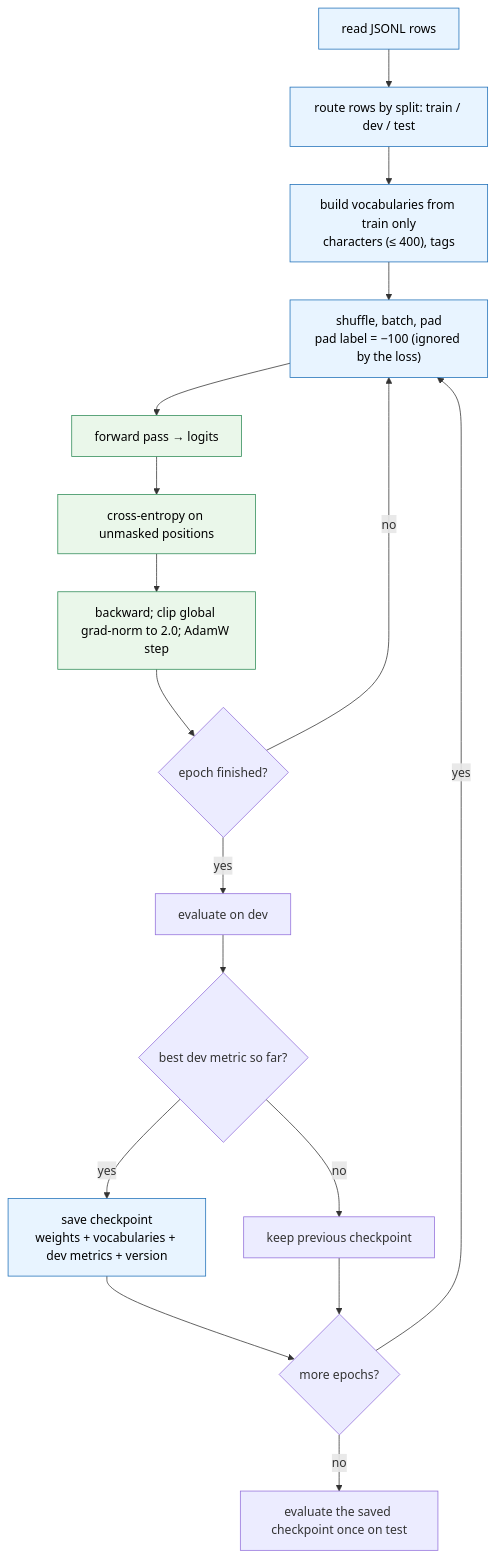
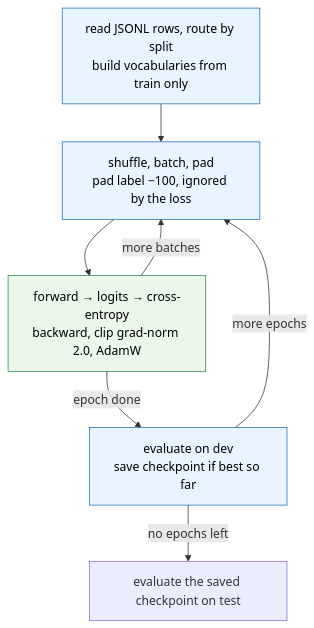
The seventh of 14 diagrams in docs/PAPER.md (mohammadkhair7/khair-arabic-models), drawn with Mermaid before and after one commit. The commit also changed other lines of this file and 9 other files, not shown here.

````diff
--- a/docs/PAPER.md
+++ b/docs/PAPER.md
@@ -741,23 +736,14 @@
 ```mermaid
-flowchart TD
-    A["read JSONL rows"] --> B["route rows by split: train / dev / test"]
-    B --> C["build vocabularies from train only<br/>characters (≤ 400), tags"]
-    C --> D["shuffle, batch, pad<br/>pad label = −100 (ignored by the loss)"]
-    D --> E["forward pass → logits"]
-    E --> F["cross-entropy on unmasked positions"]
-    F --> G["backward; clip global grad-norm to 2.0; AdamW step"]
-    G --> H{"epoch finished?"}
-    H -- no --> D
-    H -- yes --> I["evaluate on dev"]
-    I --> J{"best dev metric so far?"}
-    J -- yes --> K["save checkpoint<br/>weights + vocabularies + dev metrics + version"]
-    J -- no --> L["keep previous checkpoint"]
-    K --> M{"more epochs?"}
-    L --> M
-    M -- yes --> D
-    M -- no --> N["evaluate the saved checkpoint once on test"]
+flowchart TB
+    A["read JSONL rows, route by split<br/>build vocabularies from train only"]
+    A --> D["shuffle, batch, pad<br/>pad label −100, ignored by the loss"]
+    D --> E["forward → logits → cross-entropy<br/>backward, clip grad-norm 2.0, AdamW"]
+    E -- "more batches" --> D
+    E -- "epoch done" --> I["evaluate on dev<br/>save checkpoint if best so far"]
+    I -- "more epochs" --> D
+    I -- "no epochs left" --> N["evaluate the saved checkpoint on test"]
     classDef model fill:#eaf7ea,stroke:#2e8b57,color:#000
     classDef data fill:#e8f4ff,stroke:#1e6fb8,color:#000
-    class E,F,G model
-    class A,B,C,D,K data
+    class E model
+    class A,D,I data
 ```
````
